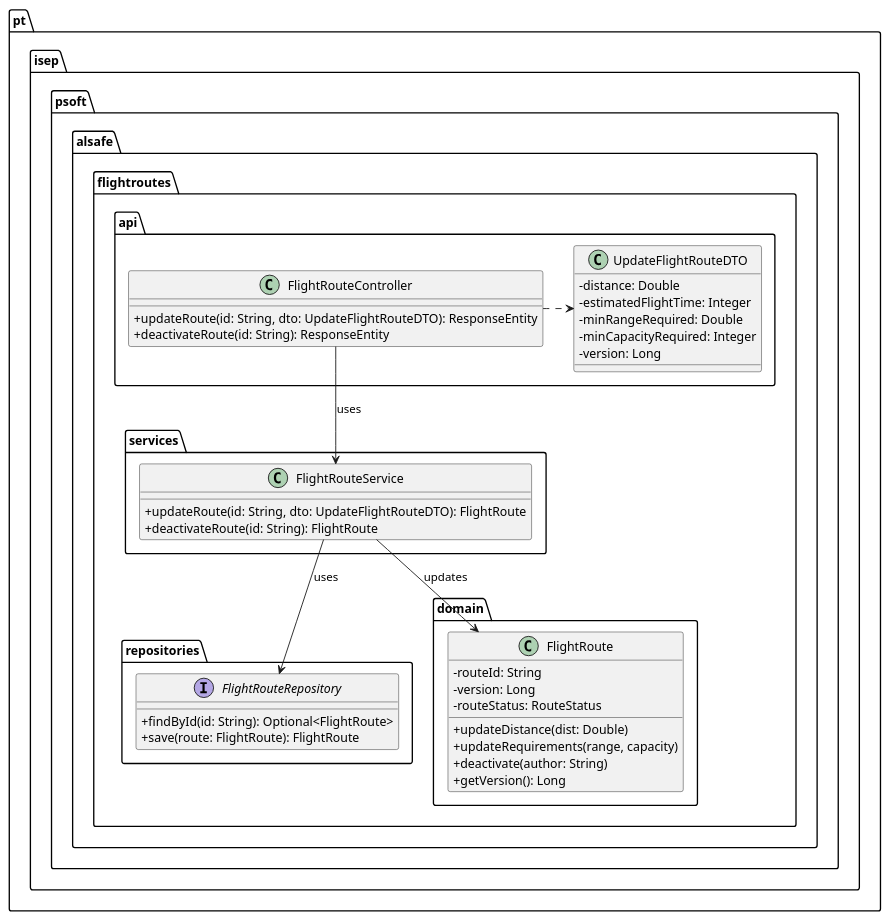
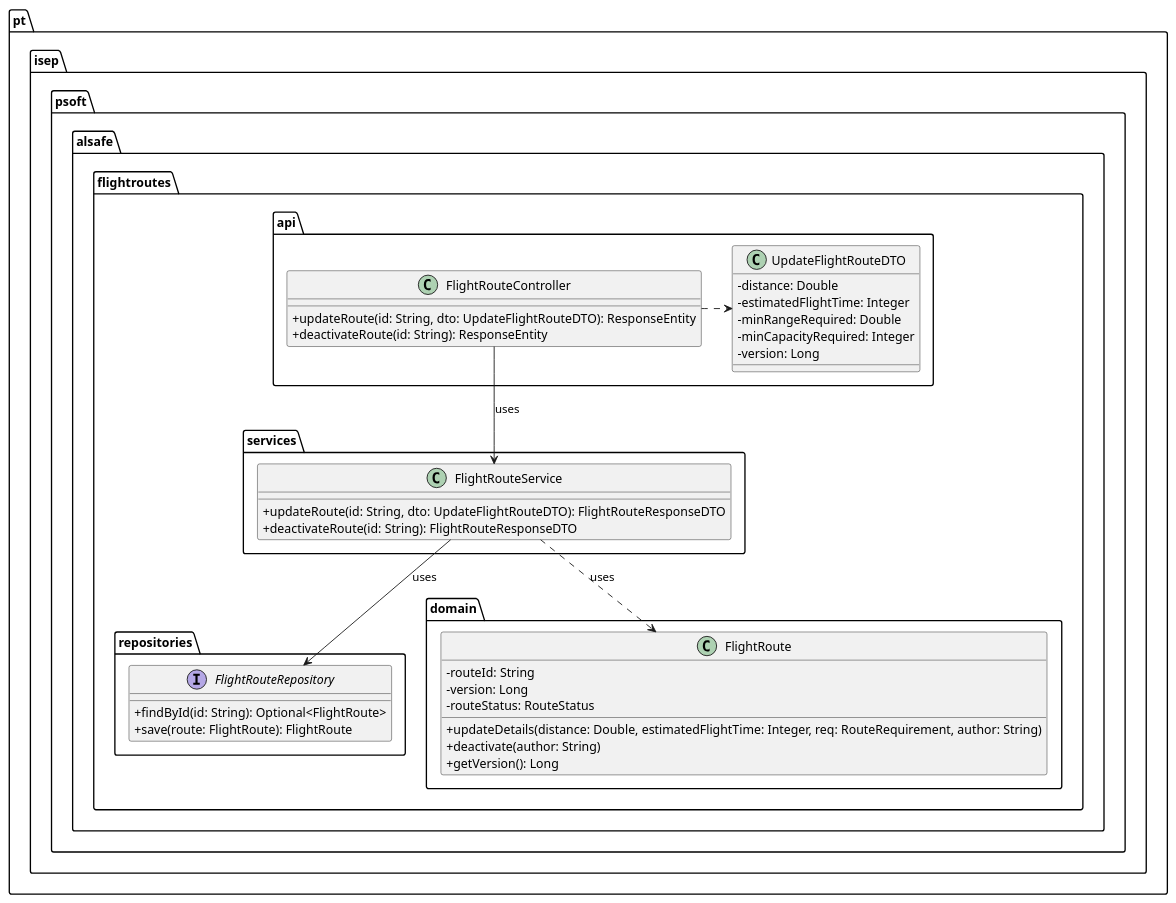
Before and after one commit to Andre-1240567/psoft2026_2DB_1240567_1241013_1240624: the diagram in docs/use-cases/WP#3A/US112/puml/US112-CD.puml, drawn with PlantUML. The commit also changed 34 other files, not shown here.

```diff
--- a/docs/use-cases/WP#3A/US112/puml/US112-CD.puml
+++ b/docs/use-cases/WP#3A/US112/puml/US112-CD.puml
@@ -1,49 +1,48 @@
 @startuml
 skinparam classAttributeIconSize 0
 
 package "pt.isep.psoft.alsafe.flightroutes.api" {
     class FlightRouteController {
         + updateRoute(id: String, dto: UpdateFlightRouteDTO): ResponseEntity
         + deactivateRoute(id: String): ResponseEntity
     }
     class UpdateFlightRouteDTO {
         - distance: Double
         - estimatedFlightTime: Integer
         - minRangeRequired: Double
         - minCapacityRequired: Integer
         - version: Long
     }
 }
 
 package "pt.isep.psoft.alsafe.flightroutes.services" {
     class FlightRouteService {
-        + updateRoute(id: String, dto: UpdateFlightRouteDTO): FlightRoute
-        + deactivateRoute(id: String): FlightRoute
+        + updateRoute(id: String, dto: UpdateFlightRouteDTO): FlightRouteResponseDTO
+        + deactivateRoute(id: String): FlightRouteResponseDTO
     }
 }
 
 package "pt.isep.psoft.alsafe.flightroutes.repositories" {
     interface FlightRouteRepository {
         + findById(id: String): Optional<FlightRoute>
         + save(route: FlightRoute): FlightRoute
     }
 }
 
 package "pt.isep.psoft.alsafe.flightroutes.domain" {
     class FlightRoute {
         - routeId: String
         - version: Long
         - routeStatus: RouteStatus
-        + updateDistance(dist: Double)
-        + updateRequirements(range, capacity)
+        + updateDetails(distance: Double, estimatedFlightTime: Integer, req: RouteRequirement, author: String)
         + deactivate(author: String)
         + getVersion(): Long
     }
 }
 
 FlightRouteController .right.> UpdateFlightRouteDTO
 FlightRouteController --> FlightRouteService : uses
 FlightRouteService --> FlightRouteRepository : uses
-FlightRouteService --> FlightRoute : updates
+FlightRouteService ..> FlightRoute : uses
 
 @enduml
```
